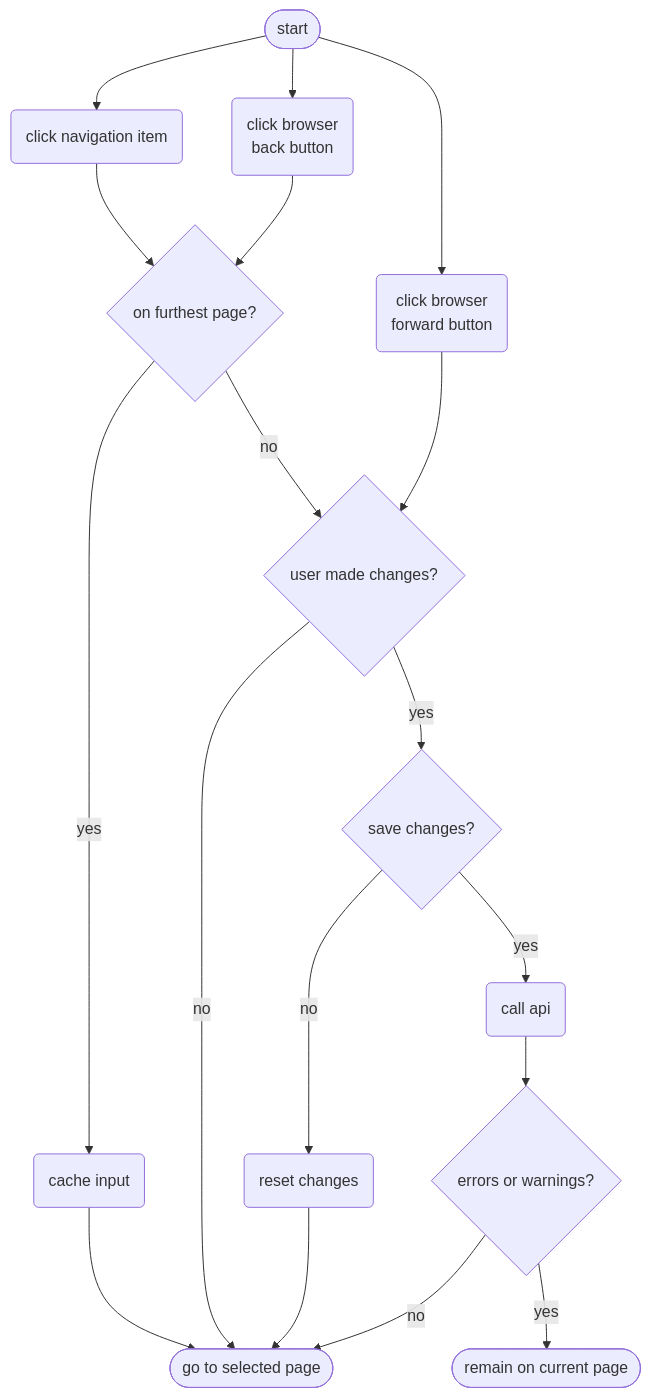
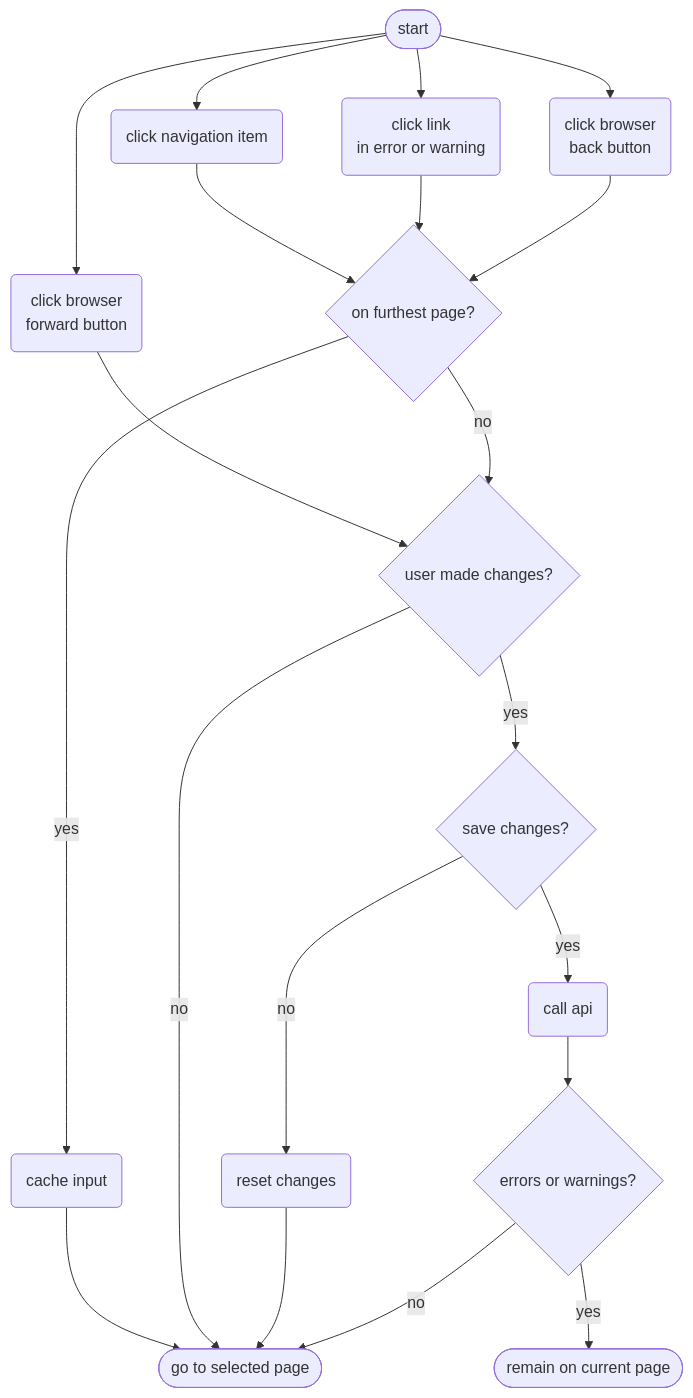
Before and after one commit to kiesraad/abacus: the fourth of 4 diagrams in documentatie/flowcharts/data-entry-forms.md, drawn with Mermaid. The commit also changed other lines of this file, not shown here.

First line of the commit message:
updates data entry form flowchart

````diff
--- a/documentatie/flowcharts/data-entry-forms.md
+++ b/documentatie/flowcharts/data-entry-forms.md
@@ -176,44 +181,48 @@
 ```mermaid
 flowchart TD
     %% start and end
     flow-start([start])
 
     go-to-page([go to selected page])
     remain-on-page([remain on current page])
 
     %% steps
     click-nav-item(click navigation item)
     click-browser-back("click browser
         back button")
+    click-link-in-error-or-warning("click link
+        in error or warning")
     click-browser-forward("click browser
         forward button")
     on-furthest-page{on furthest page?}
     user-made-changes{user made changes?}
     save-changes{save changes?}
     call-api(call api)
     cache-input(cache input)
     reset-changes(reset changes)
     errors-or-warnings{errors or warnings?}
 
     %% flow
     flow-start --> click-nav-item
     flow-start --> click-browser-back
     flow-start --> click-browser-forward
-    click-browser-back --> on-furthest-page
+    flow-start --> click-link-in-error-or-warning
     %% if you can click the browser forward button, you by definition are not on the furthest page
     click-browser-forward --> user-made-changes
     click-nav-item --> on-furthest-page
+    click-link-in-error-or-warning --> on-furthest-page
+    click-browser-back --> on-furthest-page
     on-furthest-page -- yes --> cache-input
     cache-input --> go-to-page
 
     on-furthest-page -- no --> user-made-changes
     user-made-changes -- no --> go-to-page
     user-made-changes -- yes --> save-changes
     save-changes -- no --> reset-changes
     reset-changes --> go-to-page
     save-changes -- yes --> call-api
     call-api --> errors-or-warnings
     errors-or-warnings -- no --> go-to-page
     errors-or-warnings -- yes --> remain-on-page
 
 ```
````
